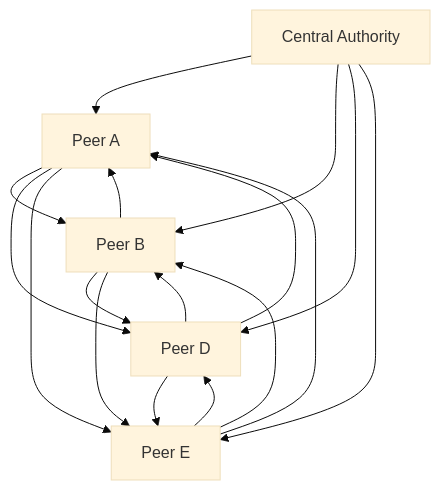
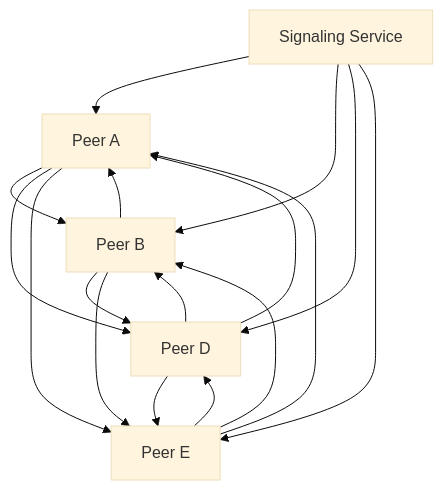
The second of 2 diagrams in doc/slides.md (chewnoill/collaborative-editor), drawn with Mermaid (base theme) before and after one commit.

````diff
--- a/doc/slides.md
+++ b/doc/slides.md
@@ -119,31 +119,31 @@
 ```mermaid
 graph
 
 A[Peer A]
 B[Peer B]
-C[Central Authority]
+C[Signaling Service]
 D[Peer D]
 E[Peer E]
 
 A --> B
 A --> D
 A --> E
 
 B --> A
 B --> D
 B --> E
 
 D --> A
 D --> B
 D --> E
 
 E --> A
 E --> B
 E --> D
 
 C --> A
 C --> B
 C --> D
 C --> E 
 
 ```  
````
